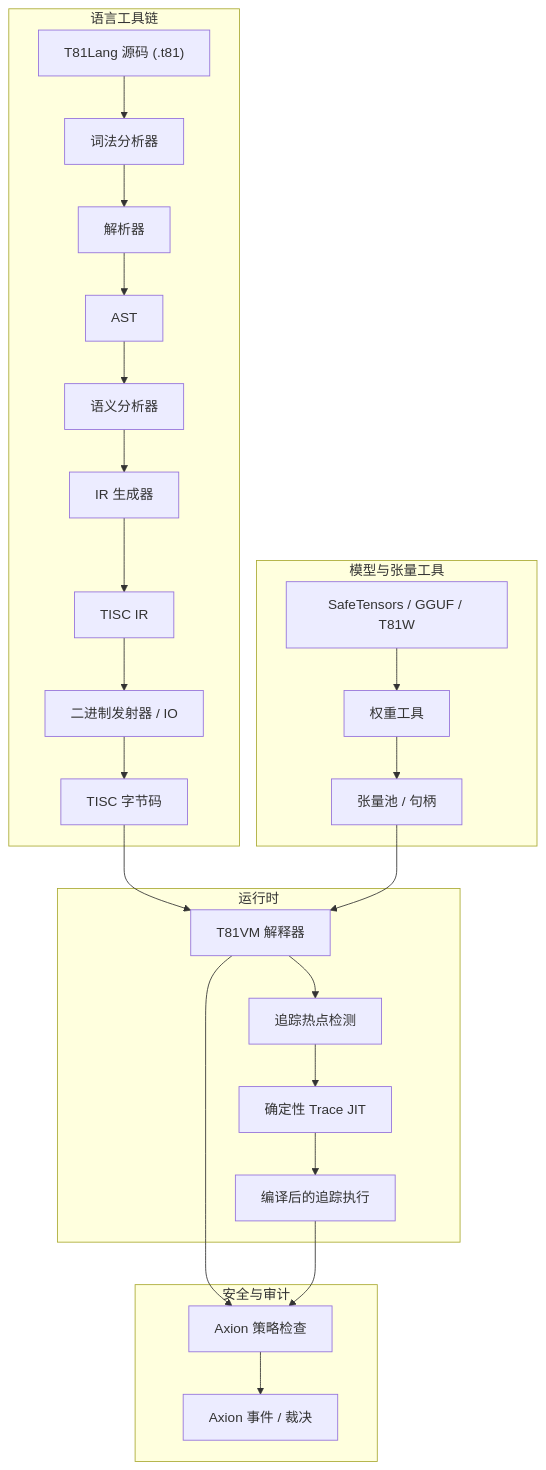
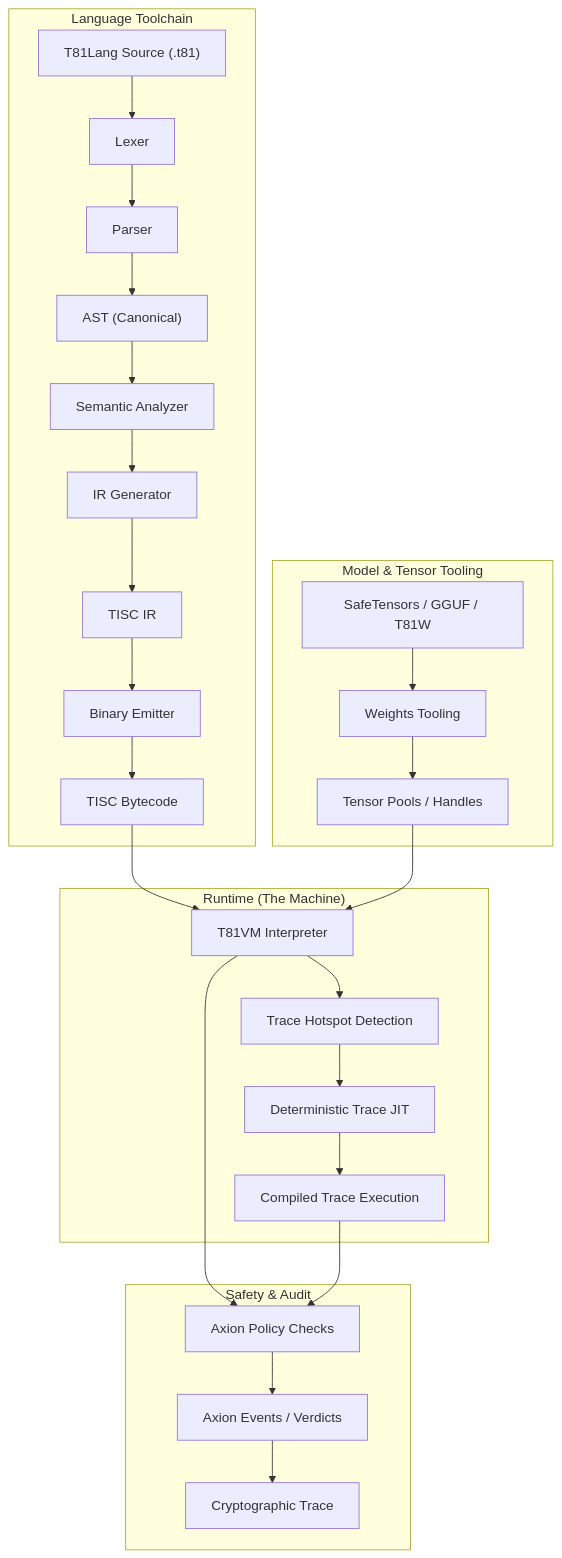
Before and after one commit to ryansctt1994-sudo/t81-foundation: the diagram in book-cn/03_架构.md, drawn with Mermaid. The commit also changed other lines of this file and 59 other files, not shown here.

````diff
--- a/book-cn/03_架构.md
+++ b/book-cn/03_架构.md
@@ -9,29 +13,30 @@
 ```mermaid
 graph TD
-    subgraph "语言工具链"
-        A["T81Lang 源码 (.t81)"] --> B[词法分析器]
-        B --> C[解析器]
-        C --> D[AST]
-        D --> E["语义分析器"]
-        E --> F["IR 生成器"]
+    subgraph "Language Toolchain"
+        A["T81Lang Source (.t81)"] --> B[Lexer]
+        B --> C[Parser]
+        C --> D["AST (Canonical)"]
+        D --> E["Semantic Analyzer"]
+        E --> F["IR Generator"]
         F --> G["TISC IR"]
-        G --> H["二进制发射器 / IO"]
-        H --> I["TISC 字节码"]
+        G --> H["Binary Emitter"]
+        H --> I["TISC Bytecode"]
     end
-    subgraph "运行时"
-        I --> J["T81VM 解释器"]
-        J --> K["追踪热点检测"]
-        K --> L["确定性 Trace JIT"]
-        L --> M["编译后的追踪执行"]
+    subgraph "Runtime (The Machine)"
+        I --> J["T81VM Interpreter"]
+        J --> K["Trace Hotspot Detection"]
+        K --> L["Deterministic Trace JIT"]
+        L --> M["Compiled Trace Execution"]
     end
-    subgraph "安全与审计"
-        J --> N["Axion 策略检查"]
+    subgraph "Safety & Audit"
+        J --> N["Axion Policy Checks"]
         M --> N
-        N --> O["Axion 事件 / 裁决"]
+        N --> O["Axion Events / Verdicts"]
+        O --> TR["Cryptographic Trace"]
     end
-    subgraph "模型与张量工具"
-        P["SafeTensors / GGUF / T81W"] --> Q["权重工具"]
-        Q --> R["张量池 / 句柄"]
+    subgraph "Model & Tensor Tooling"
+        P["SafeTensors / GGUF / T81W"] --> Q["Weights Tooling"]
+        Q --> R["Tensor Pools / Handles"]
         R --> J
     end
 ```
````
